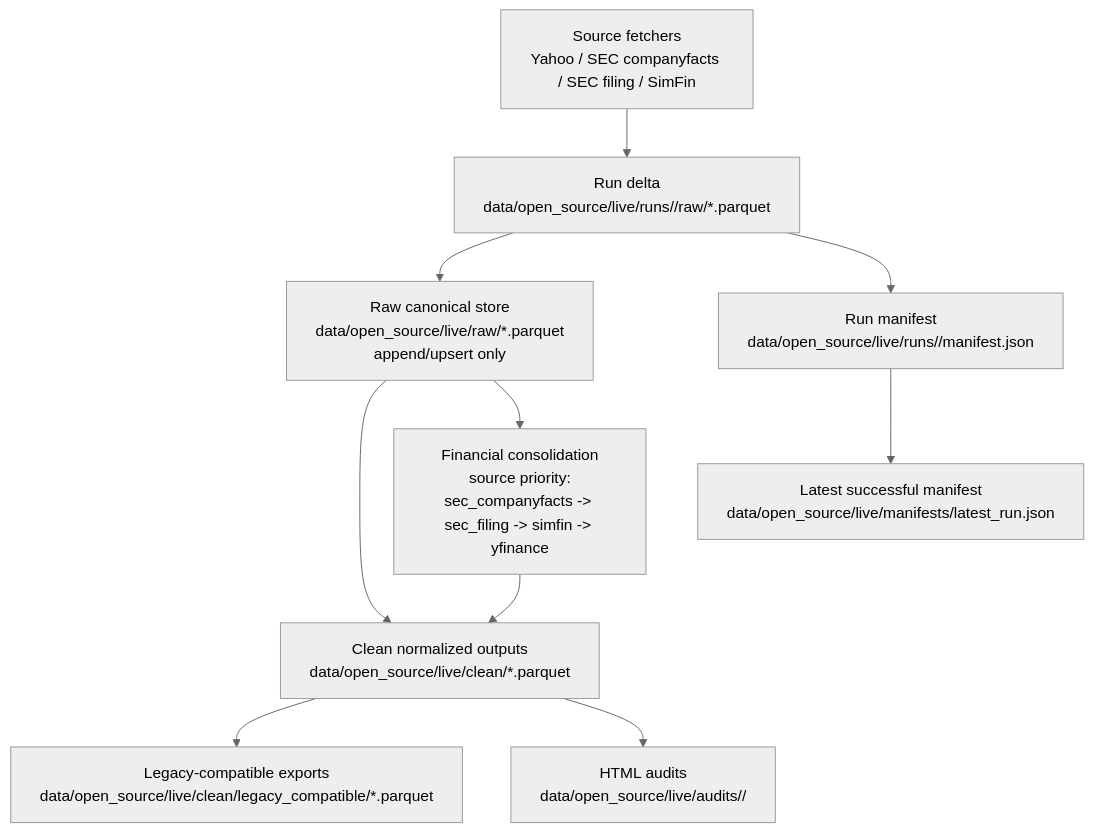
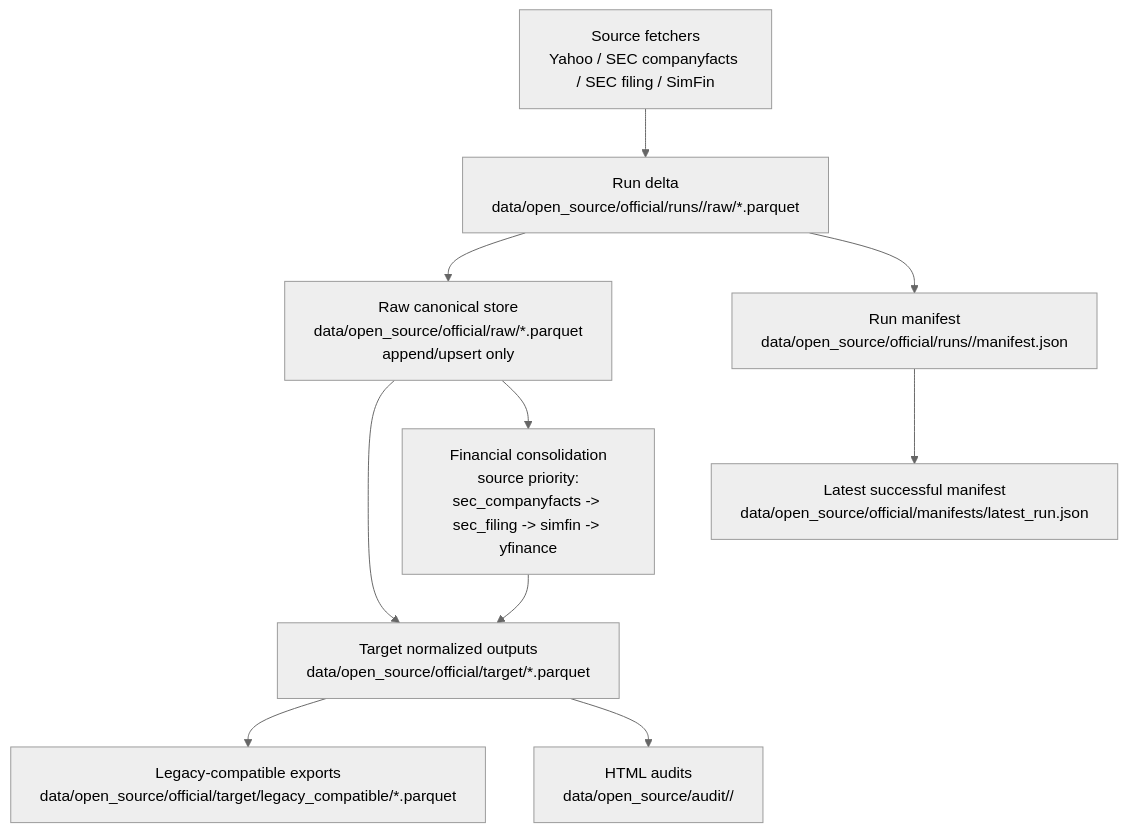
Before and after one commit to florianbouttier/alpharank: the first of 2 diagrams in docs/open_source_ingestion_architecture.md, drawn with Mermaid (neutral theme). The commit also changed other lines of this file and 19 other files, not shown here.

Commit message:
reorganize open-source data layout

````diff
--- a/docs/open_source_ingestion_architecture.md
+++ b/docs/open_source_ingestion_architecture.md
@@ -33,12 +33,12 @@
 ```mermaid
 flowchart TD
-    A["Source fetchers<br/>Yahoo / SEC companyfacts / SEC filing / SimFin"] --> B["Run delta<br/>data/open_source/live/runs/<run_id>/raw/*.parquet"]
-    B --> C["Raw canonical store<br/>data/open_source/live/raw/*.parquet<br/>append/upsert only"]
-    C --> D["Clean normalized outputs<br/>data/open_source/live/clean/*.parquet"]
+    A["Source fetchers<br/>Yahoo / SEC companyfacts / SEC filing / SimFin"] --> B["Run delta<br/>data/open_source/official/runs/<run_id>/raw/*.parquet"]
+    B --> C["Raw canonical store<br/>data/open_source/official/raw/*.parquet<br/>append/upsert only"]
+    C --> D["Target normalized outputs<br/>data/open_source/official/target/*.parquet"]
     C --> E["Financial consolidation<br/>source priority:<br/>sec_companyfacts -> sec_filing -> simfin -> yfinance"]
     E --> D
-    D --> F["Legacy-compatible exports<br/>data/open_source/live/clean/legacy_compatible/*.parquet"]
-    D --> G["HTML audits<br/>data/open_source/live/audits/<year>/"]
-    B --> H["Run manifest<br/>data/open_source/live/runs/<run_id>/manifest.json"]
-    H --> I["Latest successful manifest<br/>data/open_source/live/manifests/latest_run.json"]
+    D --> F["Legacy-compatible exports<br/>data/open_source/official/target/legacy_compatible/*.parquet"]
+    D --> G["HTML audits<br/>data/open_source/audit/<year>/"]
+    B --> H["Run manifest<br/>data/open_source/official/runs/<run_id>/manifest.json"]
+    H --> I["Latest successful manifest<br/>data/open_source/official/manifests/latest_run.json"]
 ```
````
